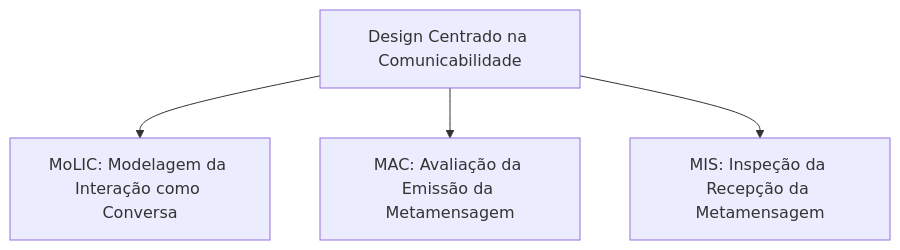
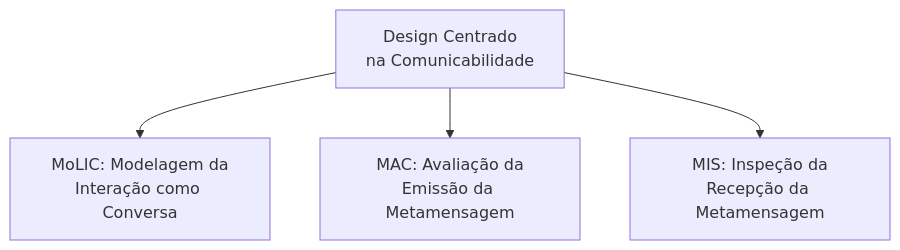
One commit to leorruas/puc changed the third of 3 diagrams in 08. Design de Interacao/09. Engenharia semiótica - comunicação usuário-sistema e metacomunicação usuário-designer.md. Above: the diagram before and after it, drawn with Mermaid. The commit also changed other lines of this file and 16 other files, not shown here.

Commit message:
style(mermaid): comprehensive audit and optimization of 45 Mermaid blocks across all 22 topic notes

````diff
--- a/08. Design de Interacao/09. Engenharia semiótica - comunicação usuário-sistema e metacomunicação usuário-designer.md
+++ b/08. Design de Interacao/09. Engenharia semiótica - comunicação usuário-sistema e metacomunicação usuário-designer.md
@@ -128,6 +128,6 @@
 ```mermaid
 graph TD
-    EC["Design Centrado na Comunicabilidade"] --> MoLIC["MoLIC: Modelagem da Interação como Conversa"]
-    EC --> MAC["MAC: Avaliação da Emissão da Metamensagem"]
-    EC --> MIS["MIS: Inspeção da Recepção da Metamensagem"]
+    EC["Design Centrado<br>na Comunicabilidade"] --> MoLIC["MoLIC: Modelagem da<br>Interação como Conversa"]
+    EC --> MAC["MAC: Avaliação da<br>Emissão da Metamensagem"]
+    EC --> MIS["MIS: Inspeção da<br>Recepção da Metamensagem"]
 ```
````
